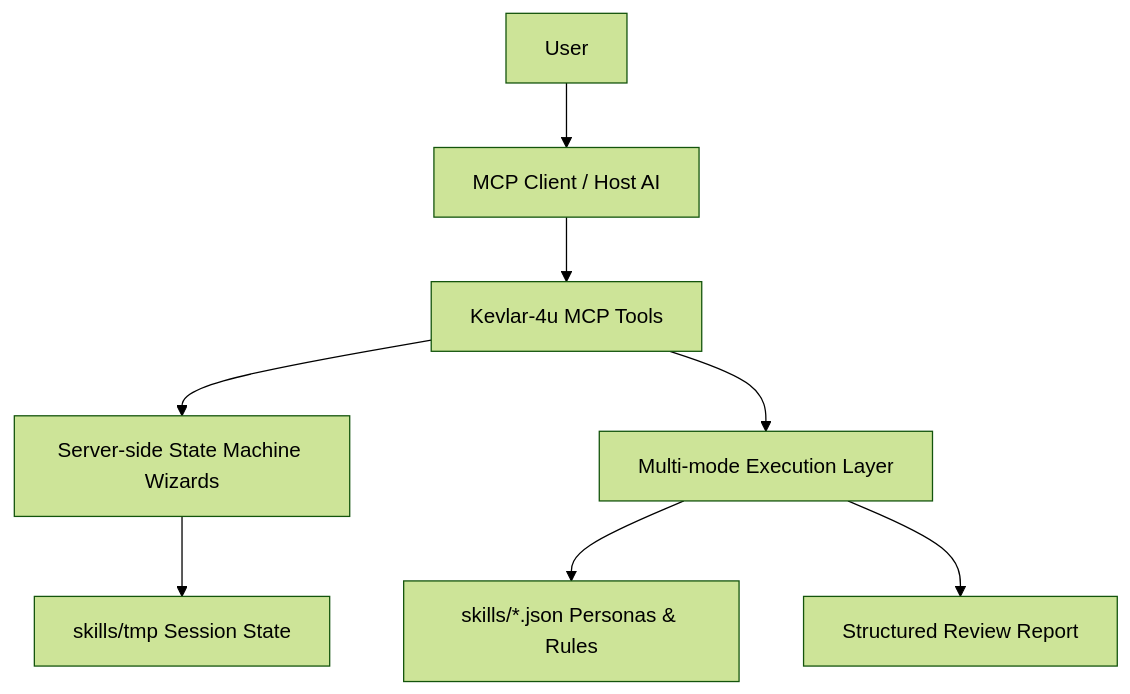
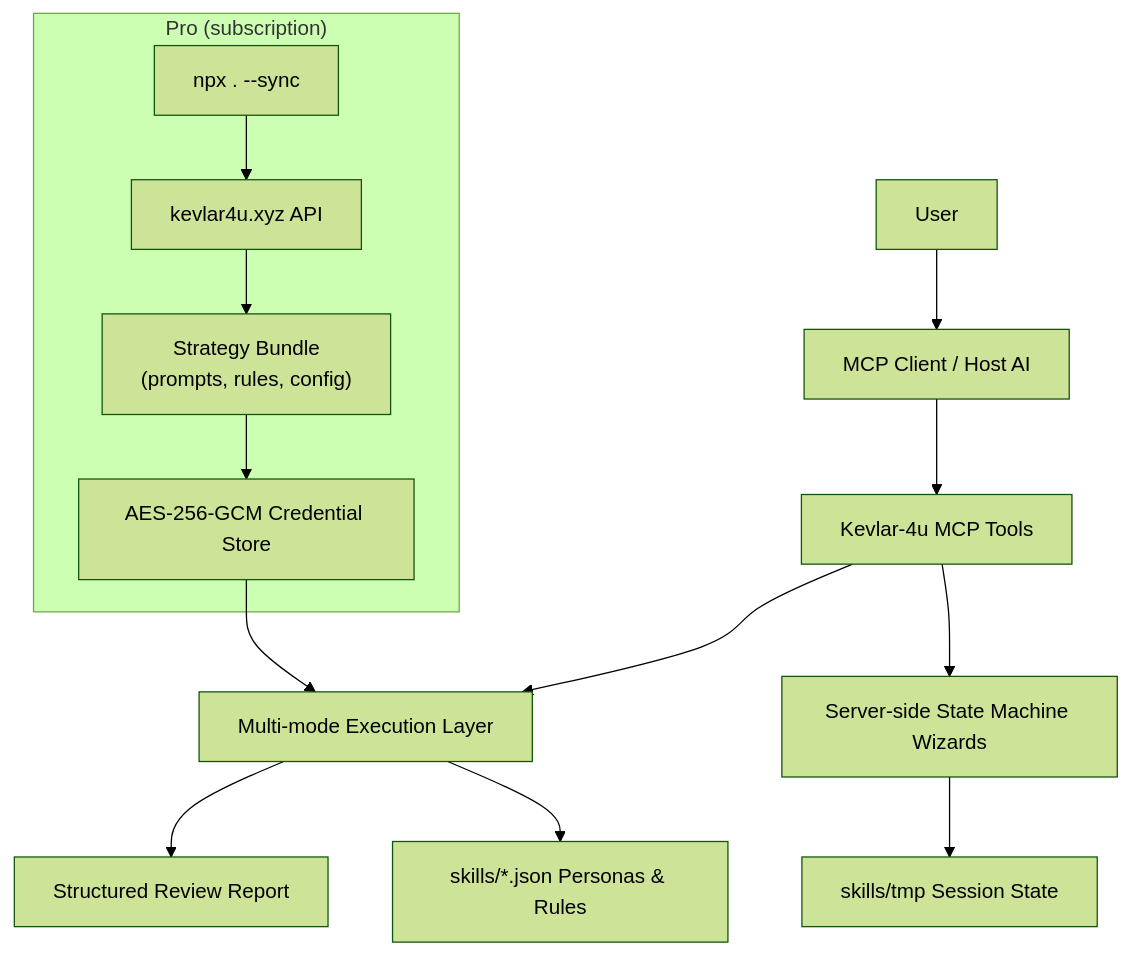
Before and after one commit to ChurzeXo/kevlar-4u: the third of 3 diagrams in README.md, drawn with Mermaid (forest theme). The commit also changed other lines of this file and 35 other files, not shown here.

First line of the commit message:
fix: align with backend v1 API — sessionId 128-char limit, server URL, TDZ fix

````diff
--- a/README.md
+++ b/README.md
@@ -316,10 +341,19 @@
 ```mermaid
 flowchart TD
   User["User"] --> Client["MCP Client / Host AI"]
   Client --> Tools["Kevlar-4u MCP Tools"]
   Tools --> Wizards["Server-side State Machine Wizards"]
   Tools --> Execution["Multi-mode Execution Layer"]
   Wizards --> Tmp["skills/tmp Session State"]
   Execution --> Personas["skills/*.json Personas & Rules"]
   Execution --> Report["Structured Review Report"]
+
+  subgraph Pro["Pro (subscription)"]
+    Sync["npx . --sync"]
+    Server["kevlar4u.xyz API"]
+    Bundle["Strategy Bundle<br/>(prompts, rules, config)"]
+    Cred["AES-256-GCM Credential Store"]
+  end
+
+  Sync --> Server --> Bundle --> Cred --> Execution
 ```
````
